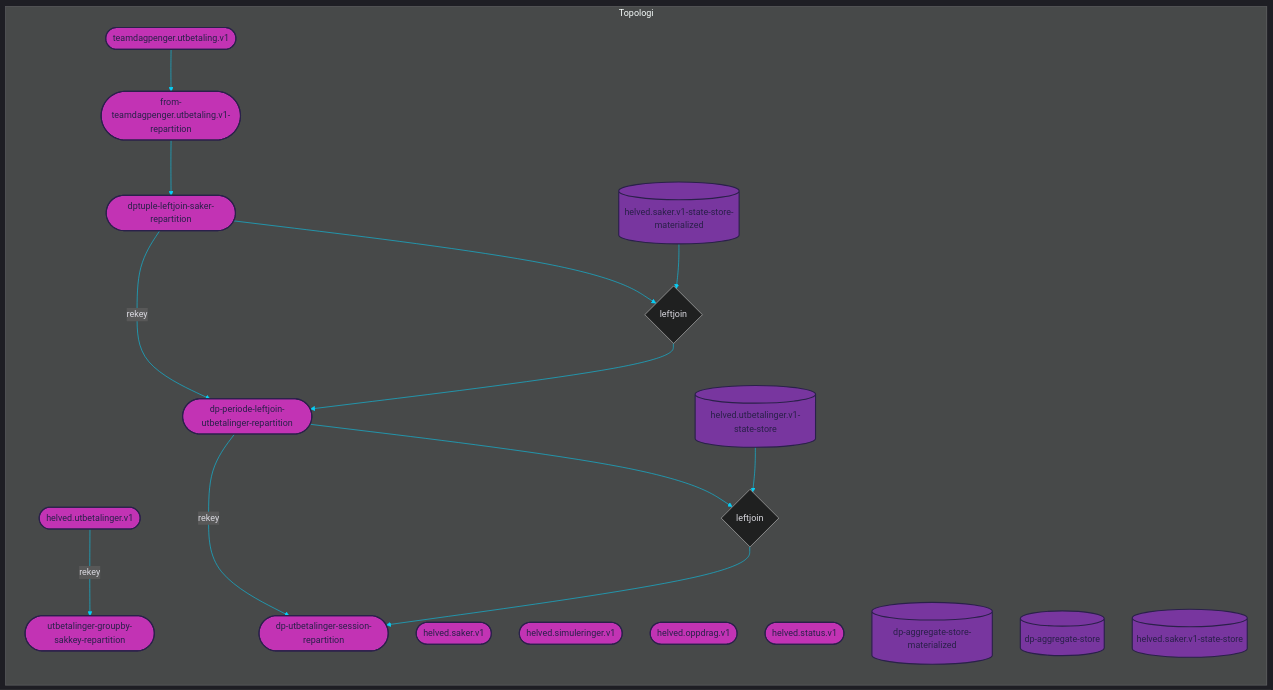
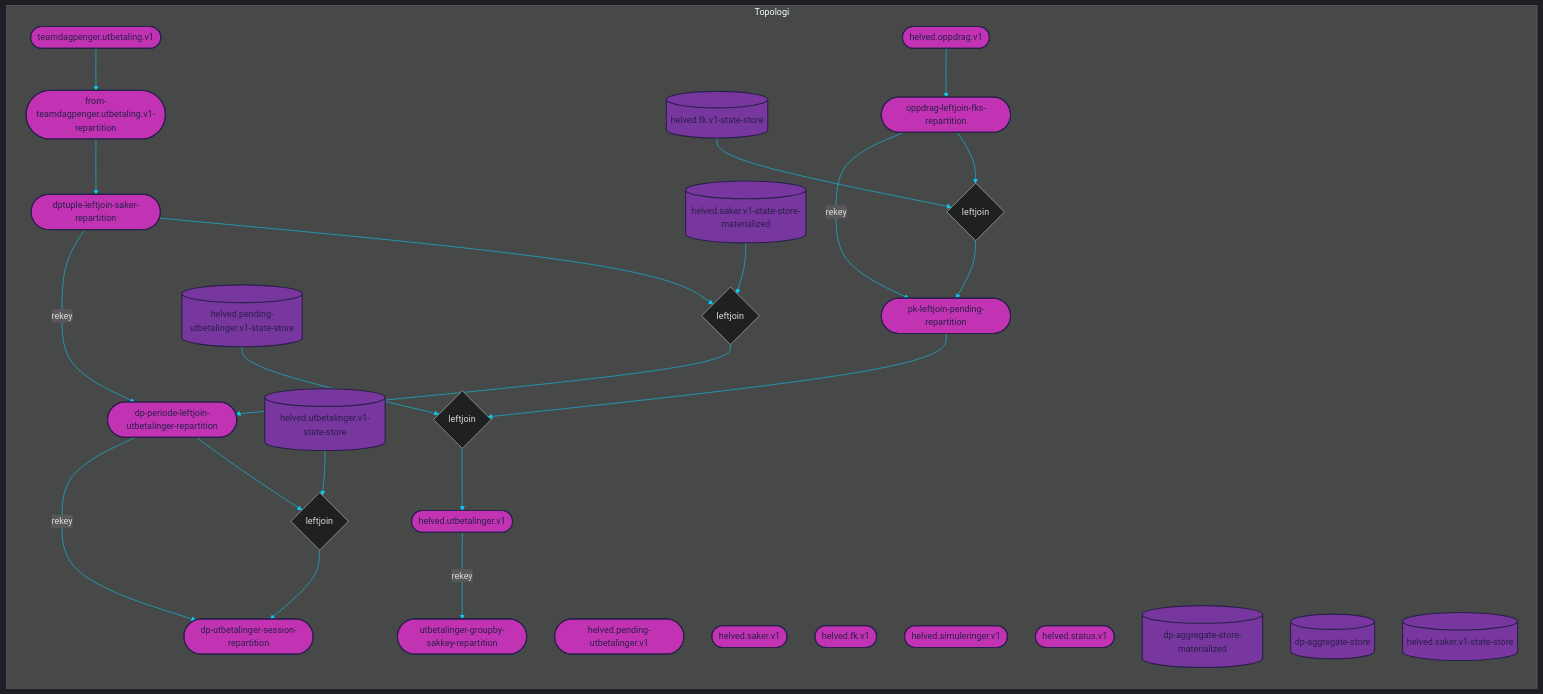
One commit to navikt/helved-utbetaling changed the diagram in dokumentasjon/abetal.mmd. Above: the diagram before and after it, drawn with Mermaid. The commit also changed 19 other files, not shown here.

Commit message:
Flytter utbetaling til å persisteres etter at oppdragene er kvittert OK

```diff
--- a/dokumentasjon/abetal.mmd
+++ b/dokumentasjon/abetal.mmd
@@ -1,94 +1,116 @@
 
 %%{init: {'theme': 'dark', 'themeVariables': { 'primaryColor': '#07cff6', 'textColor': '#dad9e0', 'lineColor': '#07cff6'}}}%%
 
 graph LR
 
 subgraph Topologi
     %% TOPICS
     helved.utbetalinger.v1([helved.utbetalinger.v1])
 	dp-periode-leftjoin-utbetalinger-repartition([dp-periode-leftjoin-utbetalinger-repartition])
 	dp-utbetalinger-session-repartition([dp-utbetalinger-session-repartition])
 	utbetalinger-groupby-sakkey-repartition([utbetalinger-groupby-sakkey-repartition])
+	pk-leftjoin-pending-repartition([pk-leftjoin-pending-repartition])
+	helved.pending-utbetalinger.v1([helved.pending-utbetalinger.v1])
 	dptuple-leftjoin-saker-repartition([dptuple-leftjoin-saker-repartition])
 	helved.saker.v1([helved.saker.v1])
+	oppdrag-leftjoin-fks-repartition([oppdrag-leftjoin-fks-repartition])
+	helved.fk.v1([helved.fk.v1])
 	teamdagpenger.utbetaling.v1([teamdagpenger.utbetaling.v1])
 	from-teamdagpenger.utbetaling.v1-repartition([from-teamdagpenger.utbetaling.v1-repartition])
 	helved.simuleringer.v1([helved.simuleringer.v1])
 	helved.oppdrag.v1([helved.oppdrag.v1])
 	helved.status.v1([helved.status.v1])
 
     %% JOINS
     dp-periode-leftjoin-utbetalinger{leftjoin}
+	pk-leftjoin-pending{leftjoin}
 	dptuple-leftjoin-saker{leftjoin}
+	oppdrag-leftjoin-fks{leftjoin}
 
     %% STATE PROCESSORS
     
     
     %% STATE STORES
     helved.utbetalinger.v1-state-store[(helved.utbetalinger.v1-state-store)]
+	helved.pending-utbetalinger.v1-state-store[(helved.pending-utbetalinger.v1-state-store)]
 	helved.saker.v1-state-store-materialized[(helved.saker.v1-state-store-materialized)]
+	helved.fk.v1-state-store[(helved.fk.v1-state-store)]
 	dp-aggregate-store-materialized[(dp-aggregate-store-materialized)]
 	dp-aggregate-store[(dp-aggregate-store)]
 	helved.saker.v1-state-store[(helved.saker.v1-state-store)]
     
     %% DATABASES
     
     
 
     %% PROCESSOR API JOBS
     
     
     %% JOIN STREAMS
     dp-periode-leftjoin-utbetalinger-repartition --> dp-periode-leftjoin-utbetalinger
 	helved.utbetalinger.v1-state-store --> dp-periode-leftjoin-utbetalinger
 	dp-periode-leftjoin-utbetalinger --> dp-utbetalinger-session-repartition
+	pk-leftjoin-pending-repartition --> pk-leftjoin-pending
+	helved.pending-utbetalinger.v1-state-store --> pk-leftjoin-pending
+	pk-leftjoin-pending --> helved.utbetalinger.v1
 	dptuple-leftjoin-saker-repartition --> dptuple-leftjoin-saker
 	helved.saker.v1-state-store-materialized --> dptuple-leftjoin-saker
 	dptuple-leftjoin-saker --> dp-periode-leftjoin-utbetalinger-repartition
+	oppdrag-leftjoin-fks-repartition --> oppdrag-leftjoin-fks
+	helved.fk.v1-state-store --> oppdrag-leftjoin-fks
+	oppdrag-leftjoin-fks --> pk-leftjoin-pending-repartition
 
     %% TABLE STREAMS
     
 
     %% JOB STREAMS
     
     
     %% BRANCH STREAMS
     
 
     %% REPARTITION STREAMS
     helved.utbetalinger.v1 --> |rekey| utbetalinger-groupby-sakkey-repartition
 	dp-periode-leftjoin-utbetalinger-repartition --> |rekey| dp-utbetalinger-session-repartition
 	dptuple-leftjoin-saker-repartition --> |rekey| dp-periode-leftjoin-utbetalinger-repartition
+	oppdrag-leftjoin-fks-repartition --> |rekey| pk-leftjoin-pending-repartition
     
     %% BASIC STREAMS
     teamdagpenger.utbetaling.v1 --> from-teamdagpenger.utbetaling.v1-repartition
 	from-teamdagpenger.utbetaling.v1-repartition --> dptuple-leftjoin-saker-repartition
+	helved.oppdrag.v1 --> oppdrag-leftjoin-fks-repartition
     
     %% CUSTOM PROCESS STREAMS
     
 end
 
 %% COLORS
 %% light    #dad9e0
 %% purple   #78369f
 %% pink     #c233b4
 %% dark     #2a204a
 %% blue     #07cff6
 
 %% STYLES
 style helved.utbetalinger.v1 fill:#c233b4, stroke:#2a204a, stroke-width:2px, color:#2a204a
 style dp-periode-leftjoin-utbetalinger-repartition fill:#c233b4, stroke:#2a204a, stroke-width:2px, color:#2a204a
 style dp-utbetalinger-session-repartition fill:#c233b4, stroke:#2a204a, stroke-width:2px, color:#2a204a
 style utbetalinger-groupby-sakkey-repartition fill:#c233b4, stroke:#2a204a, stroke-width:2px, color:#2a204a
+style pk-leftjoin-pending-repartition fill:#c233b4, stroke:#2a204a, stroke-width:2px, color:#2a204a
+style helved.pending-utbetalinger.v1 fill:#c233b4, stroke:#2a204a, stroke-width:2px, color:#2a204a
 style dptuple-leftjoin-saker-repartition fill:#c233b4, stroke:#2a204a, stroke-width:2px, color:#2a204a
 style helved.saker.v1 fill:#c233b4, stroke:#2a204a, stroke-width:2px, color:#2a204a
+style oppdrag-leftjoin-fks-repartition fill:#c233b4, stroke:#2a204a, stroke-width:2px, color:#2a204a
+style helved.fk.v1 fill:#c233b4, stroke:#2a204a, stroke-width:2px, color:#2a204a
 style teamdagpenger.utbetaling.v1 fill:#c233b4, stroke:#2a204a, stroke-width:2px, color:#2a204a
 style from-teamdagpenger.utbetaling.v1-repartition fill:#c233b4, stroke:#2a204a, stroke-width:2px, color:#2a204a
 style helved.simuleringer.v1 fill:#c233b4, stroke:#2a204a, stroke-width:2px, color:#2a204a
 style helved.oppdrag.v1 fill:#c233b4, stroke:#2a204a, stroke-width:2px, color:#2a204a
 style helved.status.v1 fill:#c233b4, stroke:#2a204a, stroke-width:2px, color:#2a204a
 style helved.utbetalinger.v1-state-store fill:#78369f, stroke:#2a204a, stroke-width:2px, color:#2a204a
+style helved.pending-utbetalinger.v1-state-store fill:#78369f, stroke:#2a204a, stroke-width:2px, color:#2a204a
 style helved.saker.v1-state-store-materialized fill:#78369f, stroke:#2a204a, stroke-width:2px, color:#2a204a
+style helved.fk.v1-state-store fill:#78369f, stroke:#2a204a, stroke-width:2px, color:#2a204a
 style dp-aggregate-store-materialized fill:#78369f, stroke:#2a204a, stroke-width:2px, color:#2a204a
 style dp-aggregate-store fill:#78369f, stroke:#2a204a, stroke-width:2px, color:#2a204a
 style helved.saker.v1-state-store fill:#78369f, stroke:#2a204a, stroke-width:2px, color:#2a204a
```
